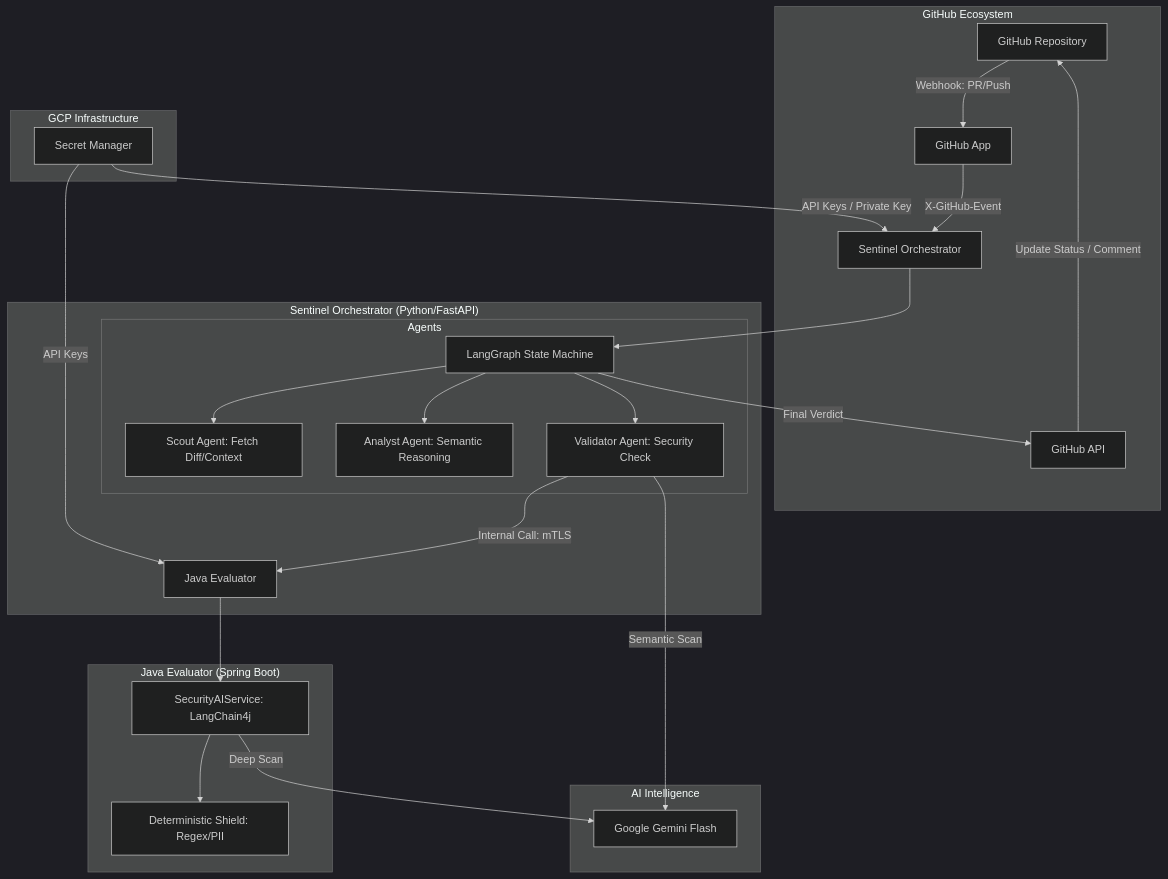
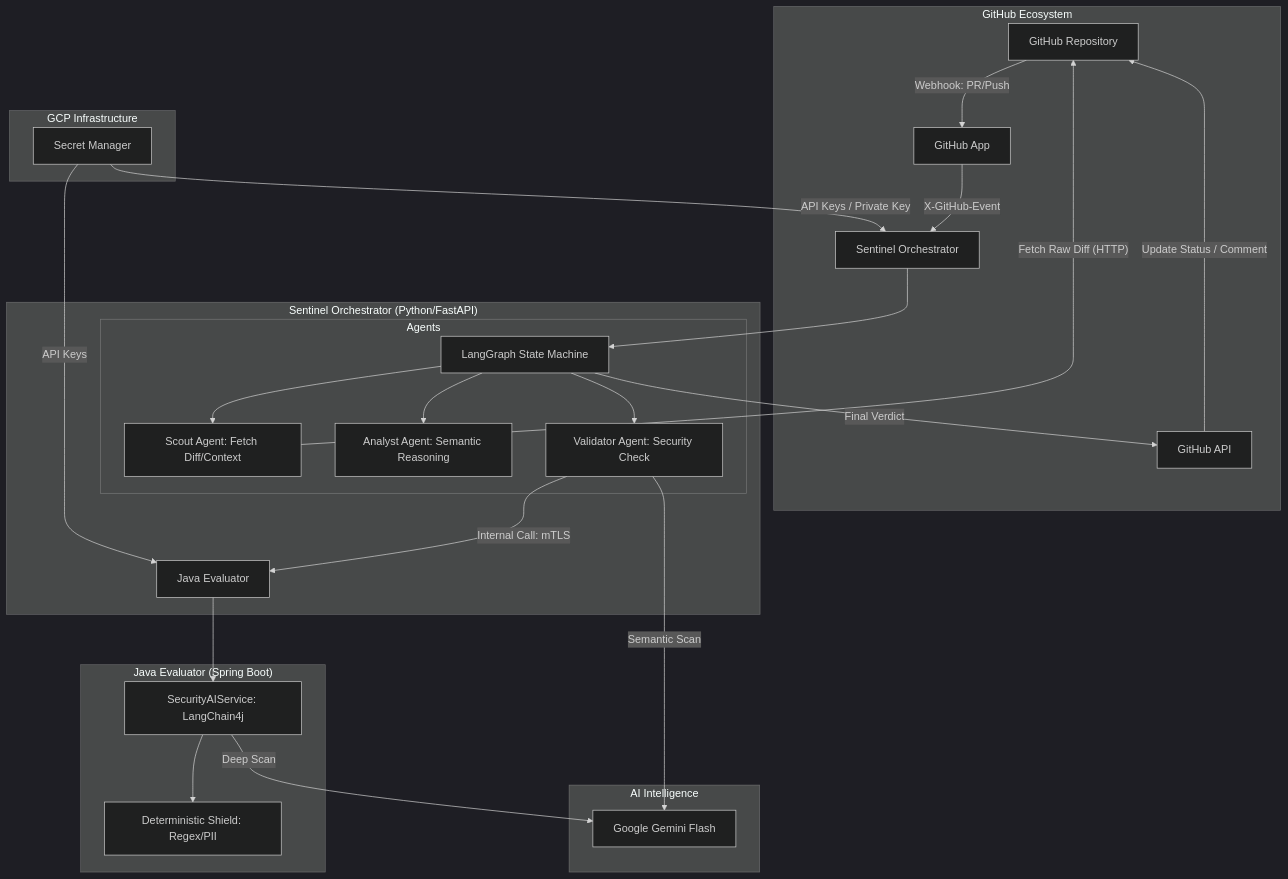
One commit to tbrom/pr-compliance-agent changed the diagram in README.md. Above: the diagram before and after it, drawn with Mermaid (dark theme).

Commit message:
docs: Accurately reflect Scout Agent data flow in diagram

````diff
--- a/README.md
+++ b/README.md
@@ -11,34 +11,35 @@
 ```mermaid
 graph TB
     subgraph "GitHub Ecosystem"
         A[GitHub Repository] -- Webhook: PR/Push --> B[GitHub App]
         B -- X-GitHub-Event --> C[Sentinel Orchestrator]
         K[GitHub API] -- Update Status / Comment --> A
     end
 
     subgraph "Sentinel Orchestrator (Python/FastAPI)"
         C --> D[LangGraph State Machine]
         subgraph "Agents"
             D --> E[Scout Agent: Fetch Diff/Context]
             D --> F[Analyst Agent: Semantic Reasoning]
             D --> G[Validator Agent: Security Check]
         end
+        E -- Fetch Raw Diff (HTTP) --> A
         G -- Internal Call: mTLS --> H[Java Evaluator]
         D -- Final Verdict --> K
     end
 
     subgraph "Java Evaluator (Spring Boot)"
         H --> I[SecurityAIService: LangChain4j]
         I --> J[Deterministic Shield: Regex/PII]
     end
 
     subgraph "AI Intelligence"
         G -- Semantic Scan --> L[Google Gemini Flash]
         I -- Deep Scan --> L
     end
 
     subgraph "GCP Infrastructure"
         M[Secret Manager] -- API Keys / Private Key --> C
         M -- API Keys --> H
     end
 ```
````
